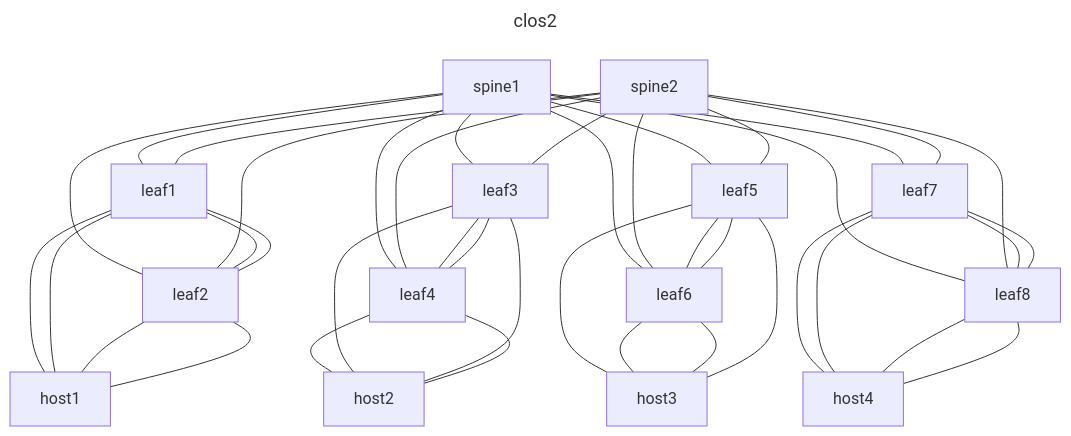
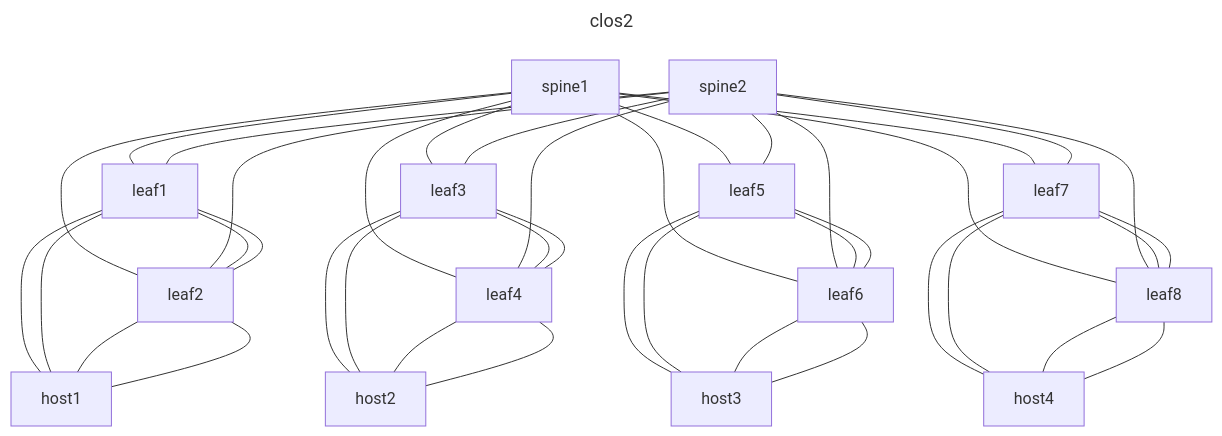
One commit to jryburn/ac2-labinfo changed the diagram in clabs-srl/srl-evpn-clos2.clab.mermaid. Above: the diagram before and after it, drawn with Mermaid. The commit also changed other lines of this file, not shown here.

```diff
--- a/clabs-srl/srl-evpn-clos2.clab.mermaid
+++ b/clabs-srl/srl-evpn-clos2.clab.mermaid
@@ -1,44 +1,44 @@
 ---
 title: clos2
 ---
 graph TD
   spine1---leaf1
   spine1---leaf2
   spine1---leaf3
   spine1---leaf4
   spine1---leaf5
   spine1---leaf6
   spine1---leaf7
   spine1---leaf8
   spine2---leaf1
   spine2---leaf2
   spine2---leaf3
   spine2---leaf4
   spine2---leaf5
   spine2---leaf6
   spine2---leaf7
   spine2---leaf8
+  leaf1---leaf2
+  leaf1---leaf2
+  leaf3---leaf4
+  leaf3---leaf4
+  leaf5---leaf6
+  leaf5---leaf6
+  leaf7---leaf8
+  leaf7---leaf8
   leaf1---host1
   leaf1---host1
-  leaf1---leaf2
-  leaf1---leaf2
+  leaf2---host1
+  leaf2---host1
+  leaf3---host2
+  leaf3---host2
   leaf4---host2
-  leaf3---leaf4
+  leaf4---host2
   leaf5---host3
-  leaf5---leaf6
-  leaf7---leaf8
-  leaf3---host2
+  leaf5---host3
+  leaf6---host3
   leaf6---host3
   leaf7---host4
   leaf7---host4
-  leaf5---leaf6
-  leaf3---host2
-  leaf6---host3
-  leaf7---leaf8
-  leaf2---host1
-  leaf4---host2
   leaf8---host4
-  leaf2---host1
-  leaf3---leaf4
-  leaf5---host3
   leaf8---host4
```
